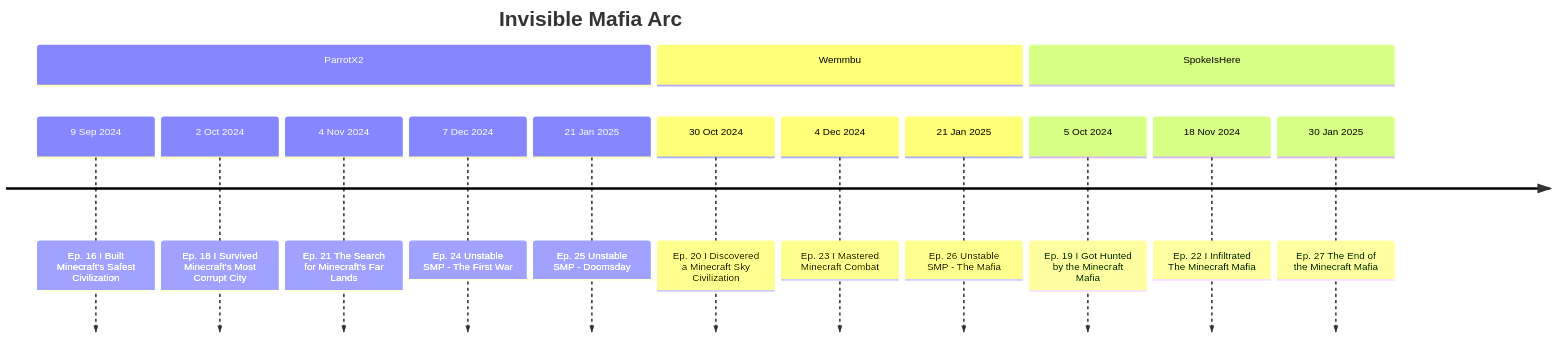
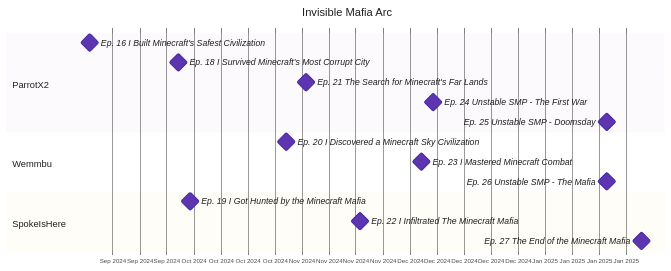
Before and after one commit to That1Guy005/Unstable-Wiki: the diagram in docs/arcs/invisible-mafia-arc.md, drawn with Mermaid. The commit also changed other lines of this file and 57 other files, not shown here.

Commit message:
feat: improved readability charts

````diff
--- a/docs/arcs/invisible-mafia-arc.md
+++ b/docs/arcs/invisible-mafia-arc.md
@@ -23,18 +25,22 @@
 ```mermaid
-timeline
+%%{init: {"theme": "base", "themeVariables": {"fontFamily": "Roboto, Helvetica, Arial, sans-serif", "fontSize": "15px", "primaryTextColor": "#1f1f1f", "textColor": "#1f1f1f", "titleColor": "#1f1f1f", "gridColor": "#d0d0d8", "taskBkgColor": "#5e35b1", "taskBorderColor": "#4527a0", "taskTextColor": "#ffffff", "taskTextLightColor": "#ffffff", "taskTextDarkColor": "#1f1f1f", "taskTextOutsideColor": "#1f1f1f", "taskTextClickableColor": "#1f1f1f", "sectionBkgColor": "#ede7f6", "altSectionBkgColor": "#ffffff", "sectionBkgColor2": "#fff3d6"}, "gantt": {"barHeight": 26, "barGap": 6, "fontSize": 14, "sectionFontSize": 15, "leftPadding": 135, "topPadding": 54, "gridLineStartPadding": 40, "titleTopMargin": 24}, "themeCSS": ".titleText{font-size:20px;font-weight:600;fill:#1f1f1f} .sectionTitle{font-size:15px;font-weight:600;fill:#1f1f1f} .tick text{font-size:13px;fill:#333} .taskText,.taskTextOutsideRight,.taskTextOutsideLeft{font-size:14px} .milestone{fill:#5e35b1;stroke:#4527a0}"}}%%
+gantt
     title Invisible Mafia Arc
+    dateFormat YYYY-MM-DD
+    axisFormat %b %Y
+    todayMarker off
     section ParrotX2
-        9 Sep 2024 : Ep. 16 I Built Minecraft's Safest Civilization
-        2 Oct 2024 : Ep. 18 I Survived Minecraft's Most Corrupt City
-        4 Nov 2024 : Ep. 21 The Search for Minecraft's Far Lands
-        7 Dec 2024 : Ep. 24 Unstable SMP - The First War
-        21 Jan 2025 : Ep. 25 Unstable SMP - Doomsday
+    Ep. 16 I Built Minecraft's Safest Civilization : milestone, m0, 2024-09-09, 0d
+    Ep. 18 I Survived Minecraft's Most Corrupt City : milestone, m1, 2024-10-02, 0d
+    Ep. 21 The Search for Minecraft's Far Lands : milestone, m2, 2024-11-04, 0d
+    Ep. 24 Unstable SMP - The First War : milestone, m3, 2024-12-07, 0d
+    Ep. 25 Unstable SMP - Doomsday : milestone, m4, 2025-01-21, 0d
     section Wemmbu
-        30 Oct 2024 : Ep. 20 I Discovered a Minecraft Sky Civilization
-        4 Dec 2024 : Ep. 23 I Mastered Minecraft Combat
-        21 Jan 2025 : Ep. 26 Unstable SMP - The Mafia
+    Ep. 20 I Discovered a Minecraft Sky Civilization : milestone, m5, 2024-10-30, 0d
+    Ep. 23 I Mastered Minecraft Combat : milestone, m6, 2024-12-04, 0d
+    Ep. 26 Unstable SMP - The Mafia : milestone, m7, 2025-01-21, 0d
     section SpokeIsHere
-        5 Oct 2024 : Ep. 19 I Got Hunted by the Minecraft Mafia
-        18 Nov 2024 : Ep. 22 I Infiltrated The Minecraft Mafia
-        30 Jan 2025 : Ep. 27 The End of the Minecraft Mafia
+    Ep. 19 I Got Hunted by the Minecraft Mafia : milestone, m8, 2024-10-05, 0d
+    Ep. 22 I Infiltrated The Minecraft Mafia : milestone, m9, 2024-11-18, 0d
+    Ep. 27 The End of the Minecraft Mafia : milestone, m10, 2025-01-30, 0d
 ```
````
